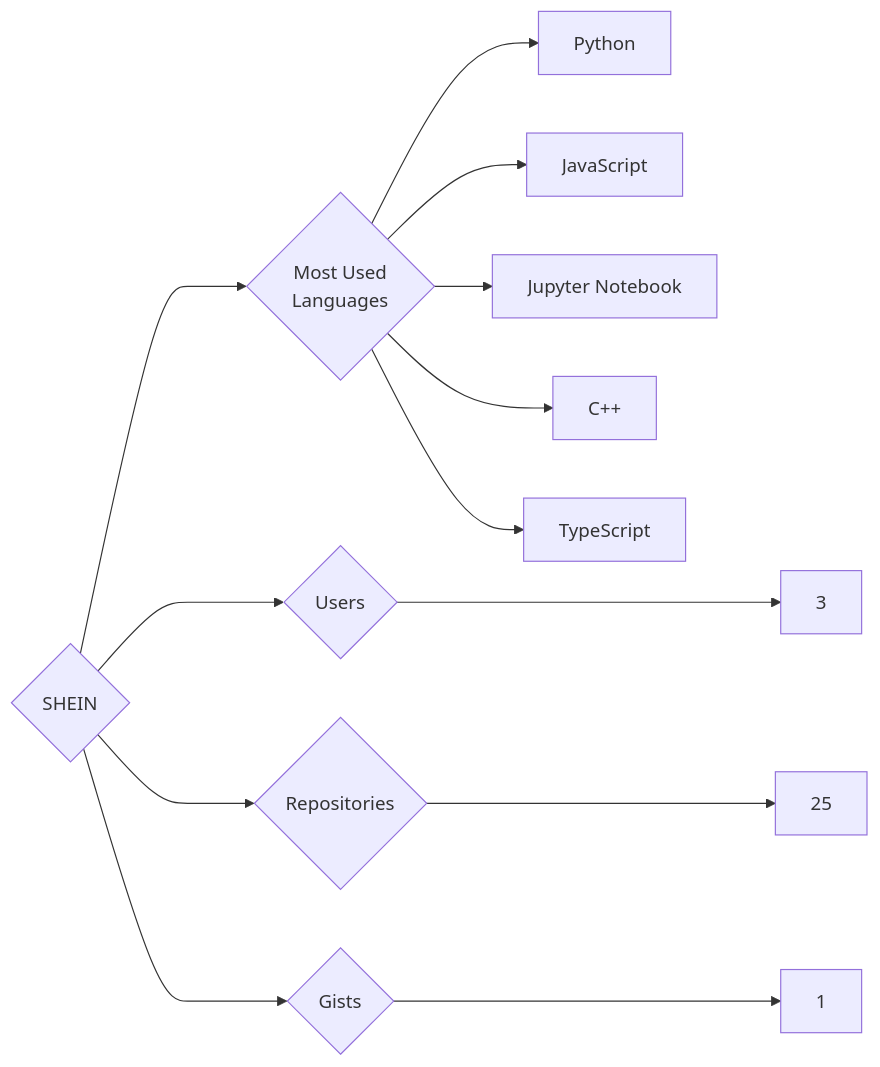
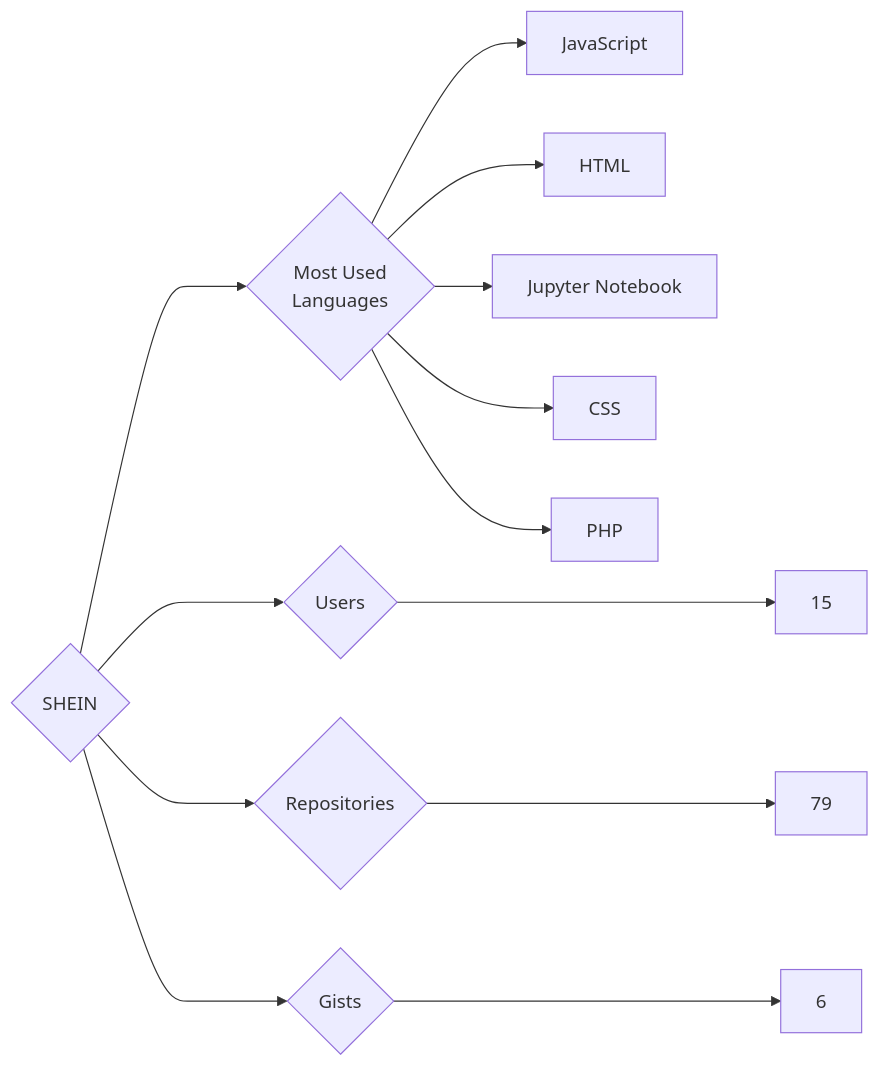
One commit to trickest/insiders changed the diagram in targets/SHEIN/README.md. Above: the diagram before and after it, drawn with Mermaid. The commit also changed 903 other files, not shown here.

````diff
--- a/targets/SHEIN/README.md
+++ b/targets/SHEIN/README.md
@@ -3,13 +3,13 @@
 ```mermaid
 graph LR
 COMPANY_NAME{SHEIN}
-COMPANY_NAME ---> U{Users} ---> UN[3]
-COMPANY_NAME ---> R{Repositories} ---> RN[25]
-COMPANY_NAME ---> G{Gists} ---> GN[1]
+COMPANY_NAME ---> U{Users} ---> UN[15]
+COMPANY_NAME ---> R{Repositories} ---> RN[79]
+COMPANY_NAME ---> G{Gists} ---> GN[6]
 COMPANY_NAME ---> ML{Most Used<br>Languages}
-ML --> Python[Python]
 ML --> JavaScript[JavaScript]
+ML --> HTML[HTML]
 ML --> Jupyter_Notebook[Jupyter Notebook]
-ML --> C++[C++]
-ML --> TypeScript[TypeScript]
+ML --> CSS[CSS]
+ML --> PHP[PHP]
 ```
````
